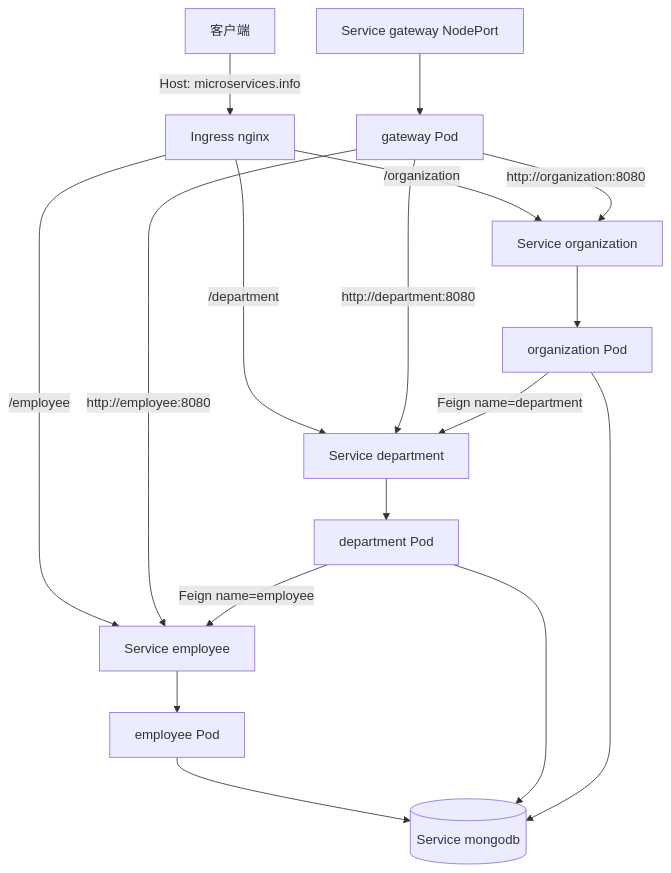
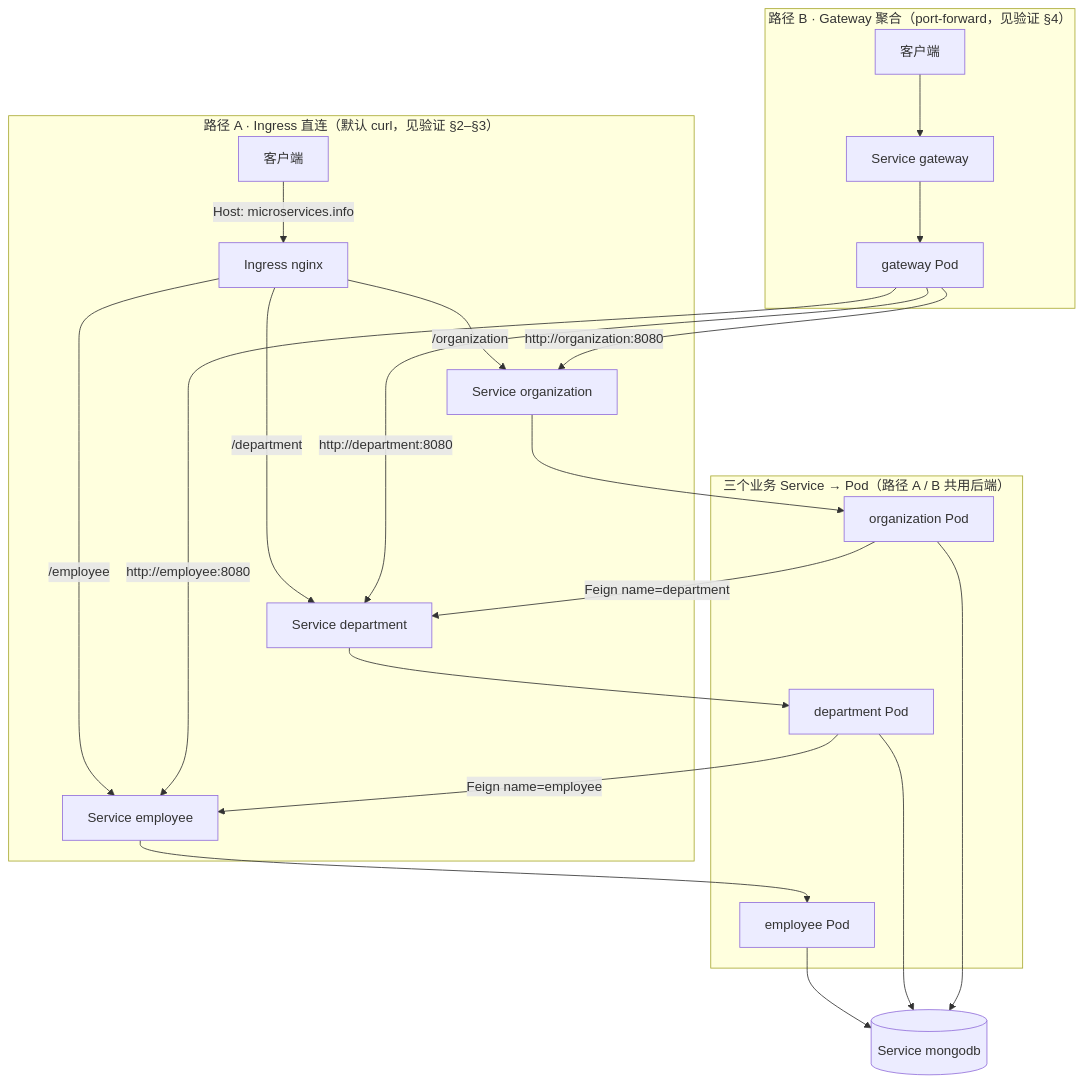
Before and after one commit to fanqingsong/sample-spring-microservices-new: the first of 2 diagrams in demos/kubernetes/readme.md, drawn with Mermaid. The commit also changed other lines of this file and 2 other files, not shown here.

````diff
--- a/demos/kubernetes/readme.md
+++ b/demos/kubernetes/readme.md
@@ -18,19 +20,29 @@
 ```mermaid
 flowchart TB
-    Browser[客户端] -->|Host: microservices.info| Ingress[Ingress nginx]
-    Ingress -->|/employee| EmpSvc[Service employee]
-    Ingress -->|/department| DeptSvc[Service department]
-    Ingress -->|/organization| OrgSvc[Service organization]
-    EmpSvc --> Emp[employee Pod]
-    DeptSvc --> Dept[department Pod]
-    OrgSvc --> Org[organization Pod]
-    GW[Service gateway NodePort] --> Gateway[gateway Pod]
-    Gateway -->|http://employee:8080| EmpSvc
-    Gateway -->|http://department:8080| DeptSvc
-    Gateway -->|http://organization:8080| OrgSvc
+    subgraph pathA["路径 A · Ingress 直连（默认 curl，见验证 §2–§3）"]
+        BrowserA[客户端] -->|Host: microservices.info| Ingress[Ingress nginx]
+        Ingress -->|/employee| EmpSvc
+        Ingress -->|/department| DeptSvc
+        Ingress -->|/organization| OrgSvc
+    end
+
+    subgraph pathB["路径 B · Gateway 聚合（port-forward，见验证 §4）"]
+        BrowserB[客户端] --> GW[Service gateway]
+        GW --> Gateway[gateway Pod]
+        Gateway -->|http://employee:8080| EmpSvc
+        Gateway -->|http://department:8080| DeptSvc
+        Gateway -->|http://organization:8080| OrgSvc
+    end
+
+    subgraph backends["三个业务 Service → Pod（路径 A / B 共用后端）"]
+        EmpSvc[Service employee] --> Emp[employee Pod]
+        DeptSvc[Service department] --> Dept[department Pod]
+        OrgSvc[Service organization] --> Org[organization Pod]
+    end
+
     Dept -->|Feign name=employee| EmpSvc
     Org -->|Feign name=department| DeptSvc
     Emp --> Mongo[(Service mongodb)]
     Dept --> Mongo
     Org --> Mongo
 ```
````
